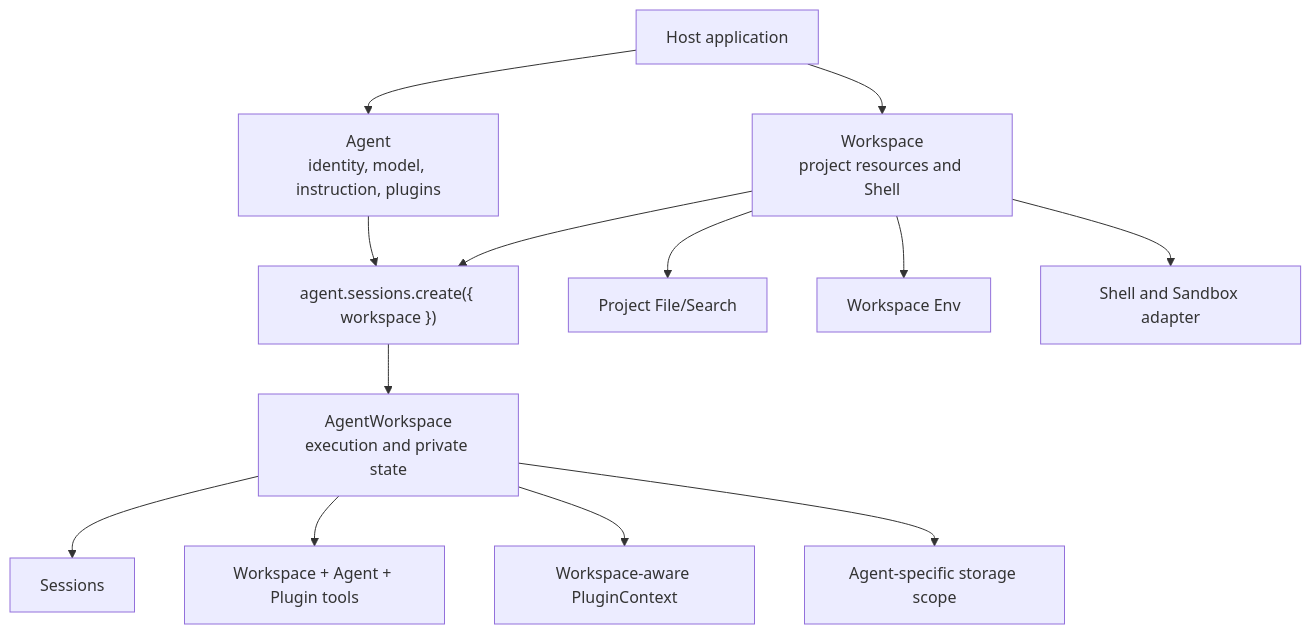
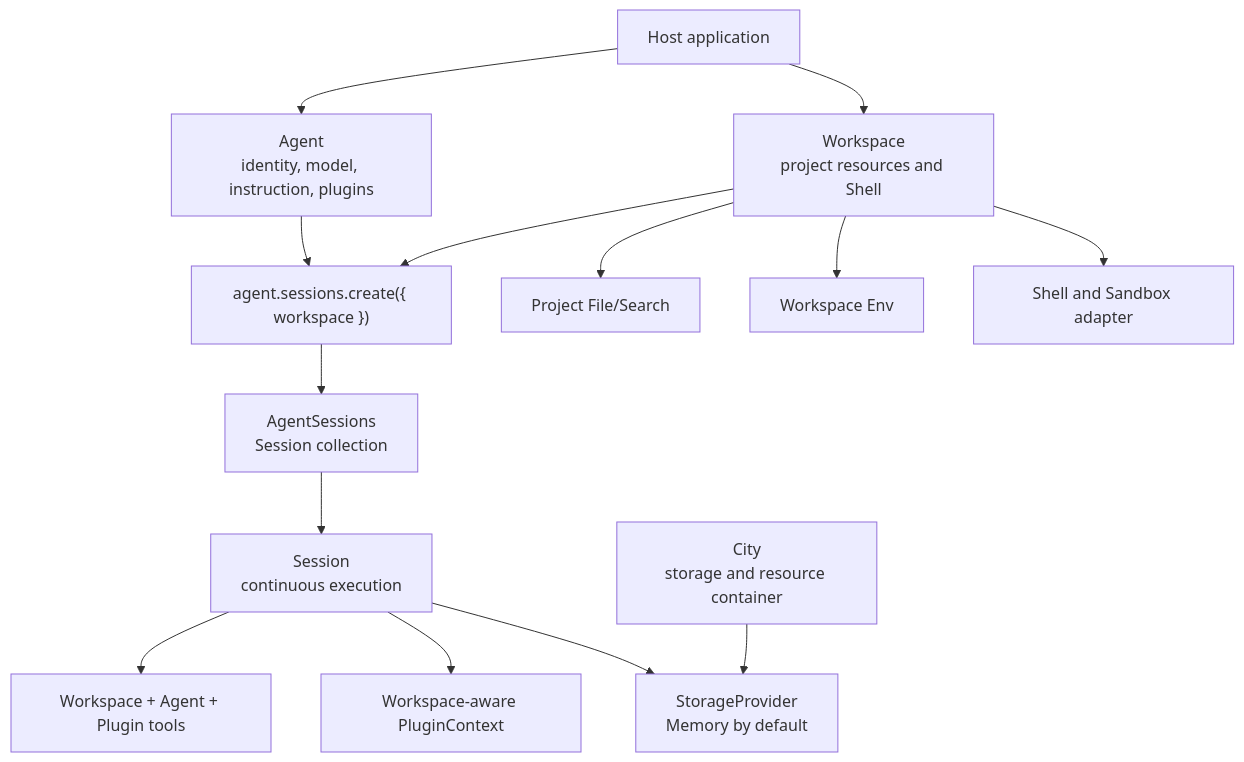
Before and after one commit to genesiscosmos/downcity: the first of 2 diagrams in homepage/content/docs/en/agent/sdk-architecture.mdx, drawn with Mermaid. The commit also changed other lines of this file and 94 other files, not shown here.

Commit message:
refactor(city): unify agent storage ownership

````diff
--- a/homepage/content/docs/en/agent/sdk-architecture.mdx
+++ b/homepage/content/docs/en/agent/sdk-architecture.mdx
@@ -24,15 +24,16 @@
 ```mermaid
 flowchart TD
     Host["Host application"] --> Agent["Agent<br/>identity, model, instruction, plugins"]
     Host --> Workspace["Workspace<br/>project resources and Shell"]
     Agent --> Enter["agent.sessions.create({ workspace })"]
     Workspace --> Enter
-    Enter --> AgentWorkspace["AgentWorkspace<br/>execution and private state"]
-    AgentWorkspace --> Sessions["Sessions"]
-    AgentWorkspace --> Tools["Workspace + Agent + Plugin tools"]
-    AgentWorkspace --> Context["Workspace-aware PluginContext"]
-    AgentWorkspace --> Storage["Agent-specific storage scope"]
+    Enter --> Sessions["AgentSessions<br/>Session collection"]
+    Sessions --> Session["Session<br/>continuous execution"]
+    Session --> Tools["Workspace + Agent + Plugin tools"]
+    Session --> Context["Workspace-aware PluginContext"]
+    City["City<br/>storage and resource container"] --> Storage["StorageProvider<br/>Memory by default"]
+    Session --> Storage
     Workspace --> Files["Project File/Search"]
     Workspace --> Env["Workspace Env"]
     Workspace --> Shell["Shell and Sandbox adapter"]
 ```
````
